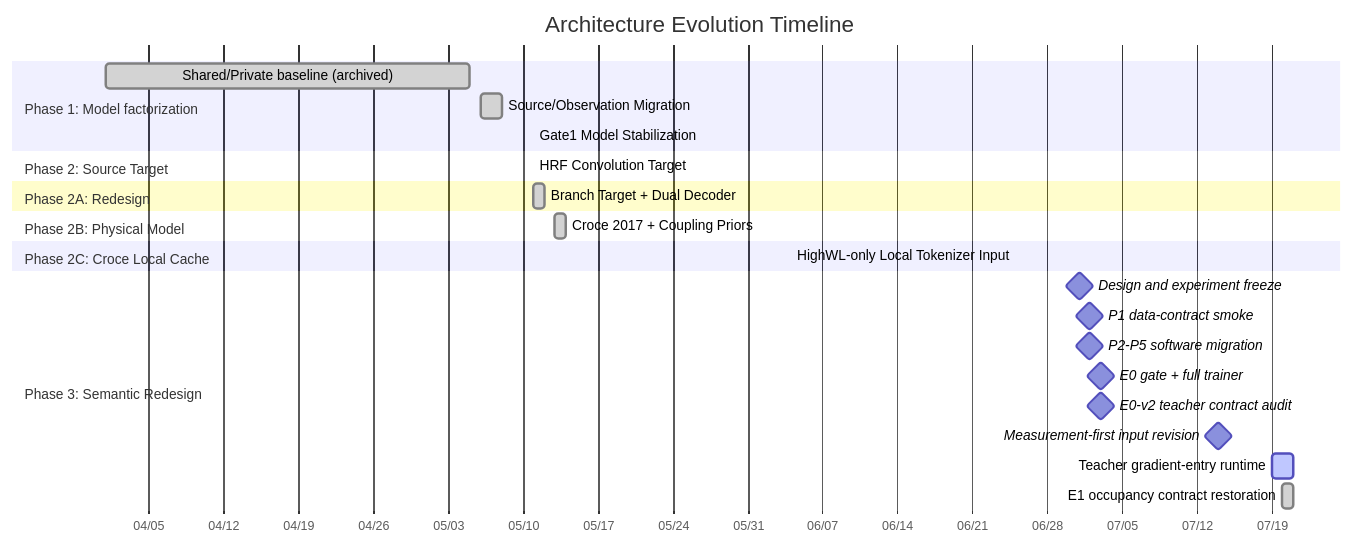
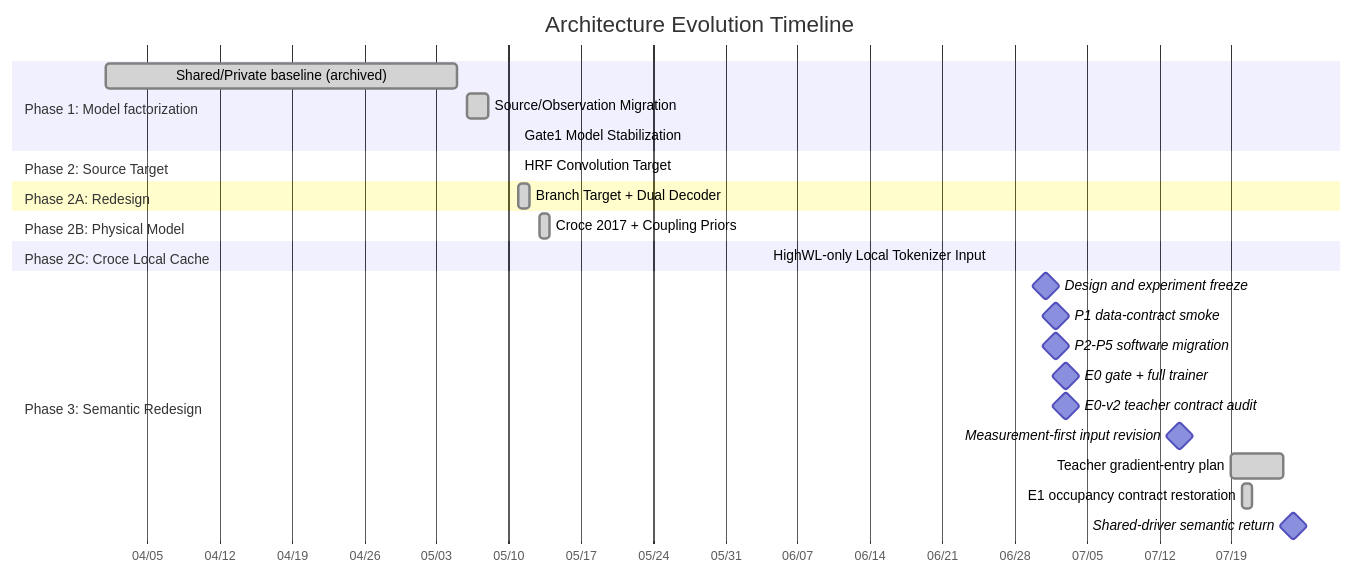
Before and after one commit to Kevin65536/PID-MCM: the diagram in docs/architecture_changelog/INDEX.md, drawn with Mermaid. The commit also changed other lines of this file and 32 other files, not shown here.

Commit message:
docs: return semantic architecture to shared-driver design

````diff
--- a/docs/architecture_changelog/INDEX.md
+++ b/docs/architecture_changelog/INDEX.md
@@ -18,29 +18,30 @@
 ```mermaid
 gantt
     accTitle: Architecture evolution timeline
     accDescr: The source observation lineage is complete through the Croce local runtime, followed by a planned physiology semantic tokenizer redesign.
     title Architecture Evolution Timeline
     dateFormat  YYYY-MM-DD
     axisFormat  %m/%d
     section Phase 1: Model factorization
         Shared/Private baseline (archived) :done, 2026-04-01, 2026-05-05
         Source/Observation Migration      :done, 2026-05-06, 2026-05-08
         Gate1 Model Stabilization         :done, 2026-05-11, 2026-05-11
     section Phase 2: Source Target
         HRF Convolution Target            :done, 2026-05-11, 2026-05-11
     section Phase 2A: Redesign
         Branch Target + Dual Decoder      :done, 2026-05-11, 2026-05-12
     section Phase 2B: Physical Model
         Croce 2017 + Coupling Priors      :done, 2026-05-13, 2026-05-14
     section Phase 2C: Croce Local Cache
         HighWL-only Local Tokenizer Input :done, 2026-06-04, 2026-06-04
     section Phase 3: Semantic Redesign
         Design and experiment freeze      :milestone, 2026-07-01, 0d
         P1 data-contract smoke            :milestone, 2026-07-02, 0d
         P2-P5 software migration          :milestone, 2026-07-02, 0d
         E0 gate + full trainer             :milestone, 2026-07-03, 0d
         E0-v2 teacher contract audit       :milestone, 2026-07-03, 0d
         Measurement-first input revision   :milestone, 2026-07-14, 0d
-        Teacher gradient-entry runtime     :active, 2026-07-19, 2d
+        Teacher gradient-entry plan        :done, 2026-07-19, 5d
         E1 occupancy contract restoration  :done, 2026-07-20, 1d
+        Shared-driver semantic return      :milestone, 2026-07-25, 0d
 ```
````
